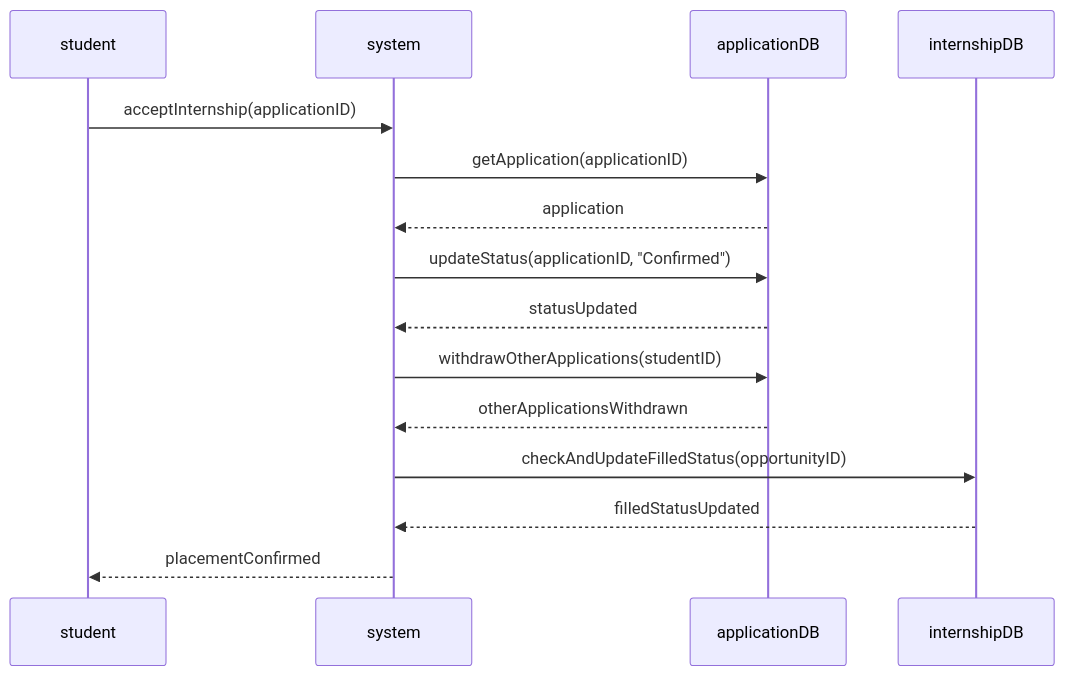
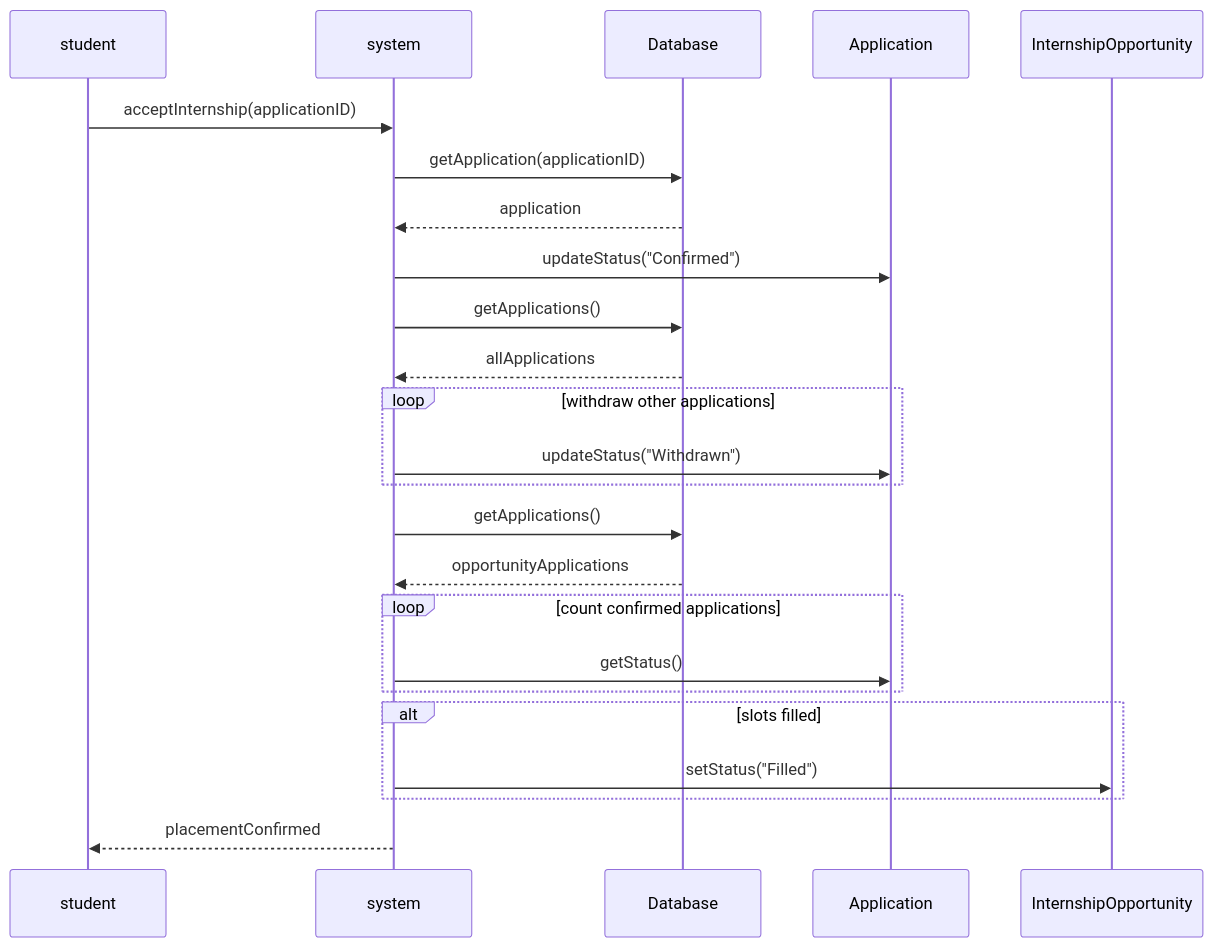
The fourth of 8 diagrams in README.md (AY25-26-Sem-1-SC2002-SDDA-Group-1/sc2002-oop-assignment), drawn with Mermaid before and after one commit. The commit also changed other lines of this file, not shown here.

Commit message:
Updated UML diagrams with helper I/O Class

````diff
--- a/README.md
+++ b/README.md
@@ -234,22 +348,28 @@
 ```mermaid
 sequenceDiagram
     participant student
     participant system
-    participant applicationDB
-    participant internshipDB
+    participant Database
 
     student->>system: acceptInternship(applicationID)
-    system->>applicationDB: getApplication(applicationID)
-    applicationDB-->>system: application
+    system->>Database: getApplication(applicationID)
+    Database-->>system: application
 
-    system->>applicationDB: updateStatus(applicationID, "Confirmed")
-    applicationDB-->>system: statusUpdated
+    system->>Application: updateStatus("Confirmed")
+    system->>Database: getApplications()
+    Database-->>system: allApplications
+    loop withdraw other applications
+        system->>Application: updateStatus("Withdrawn")
+    end
 
-    system->>applicationDB: withdrawOtherApplications(studentID)
-    applicationDB-->>system: otherApplicationsWithdrawn
-
-    system->>internshipDB: checkAndUpdateFilledStatus(opportunityID)
-    internshipDB-->>system: filledStatusUpdated
+    system->>Database: getApplications()
+    Database-->>system: opportunityApplications
+    loop count confirmed applications
+        system->>Application: getStatus()
+    end
+    alt slots filled
+        system->>InternshipOpportunity: setStatus("Filled")
+    end
     system-->>student: placementConfirmed
 
 ```
````
